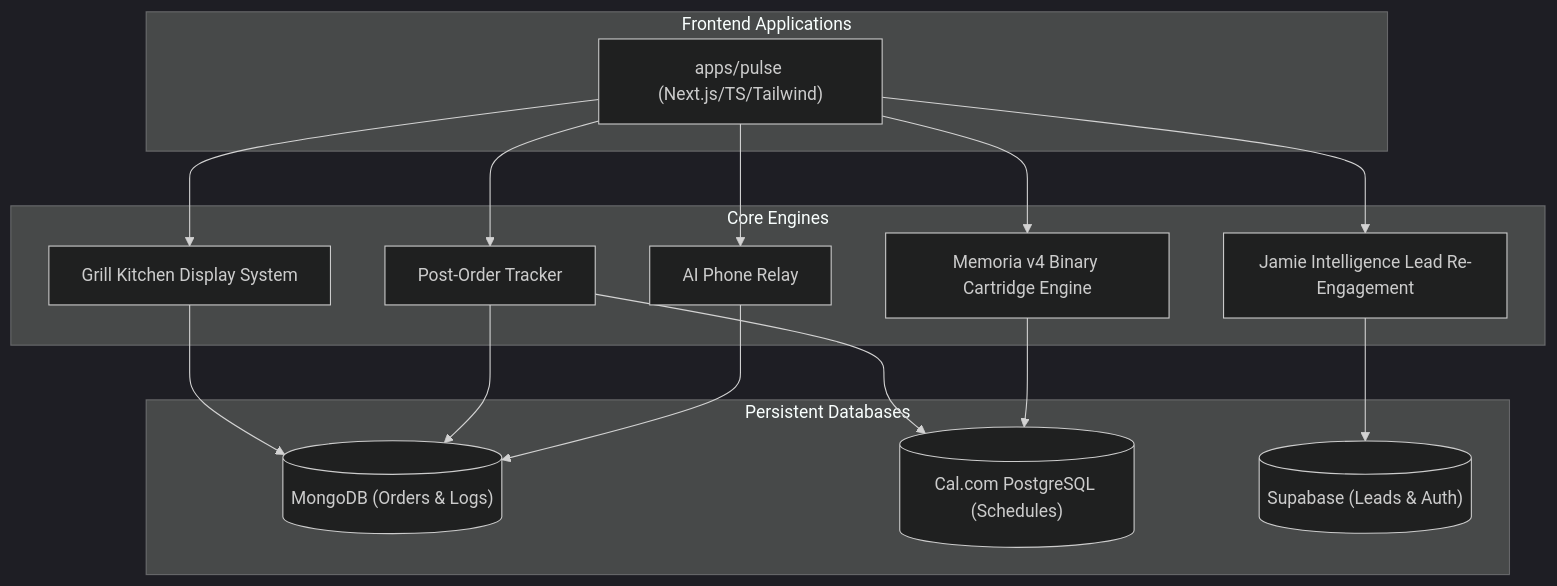
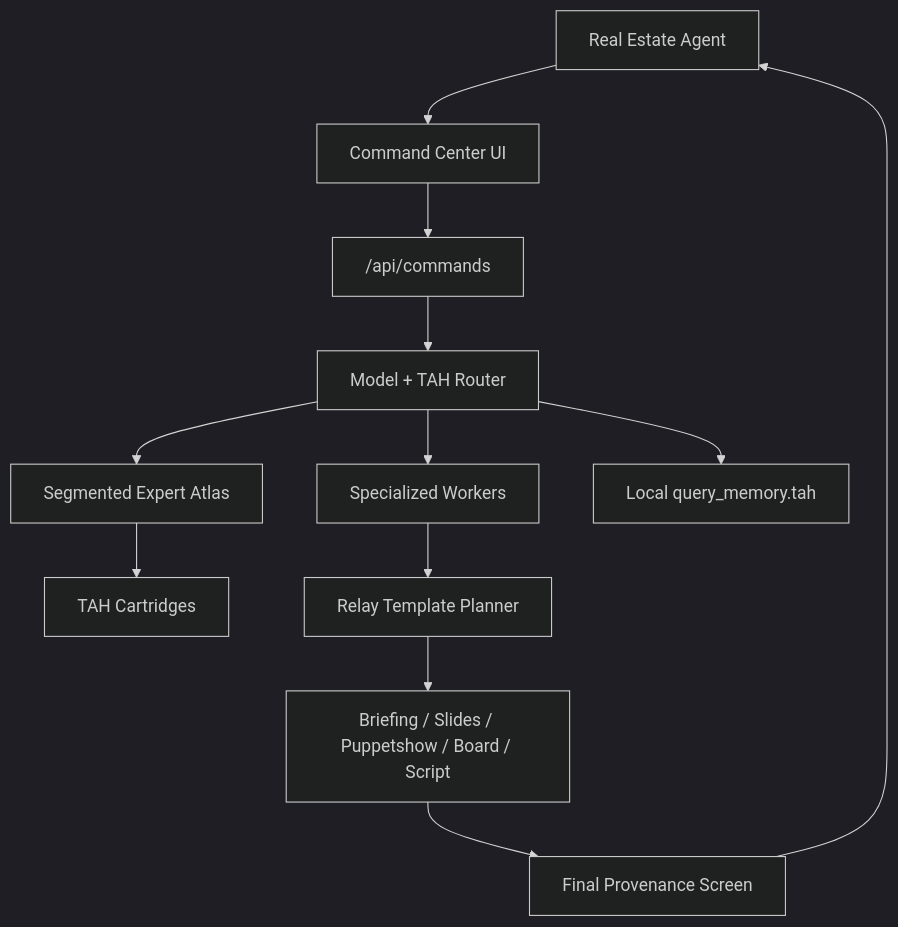
Before and after one commit to tahsrz/sunset-pulse: the diagram in README.md, drawn with Mermaid (dark theme). The commit also changed other lines of this file and 30 other files, not shown here.

Commit message:
Release TAH command center v0.2.0

````diff
--- a/README.md
+++ b/README.md
@@ -11,33 +46,14 @@
 ```mermaid
-graph TD
-    subgraph FrontendApp ["Frontend Applications"]
-        Pulse["apps/pulse (Next.js/TS/Tailwind)"]
-    end
-
-    subgraph Engines ["Core Engines"]
-        KDS["Grill Kitchen Display System"]
-        Tracker["Post-Order Tracker"]
-        Relay["AI Phone Relay"]
-        Jamie["Jamie Intelligence Lead Re-Engagement"]
-        Memoria["Memoria v4 Binary Cartridge Engine"]
-    end
-
-    subgraph DBs ["Persistent Databases"]
-        Mongo[("MongoDB (Orders & Logs)")]
-        Postgres[("Cal.com PostgreSQL (Schedules)")]
-        Supa[("Supabase (Leads & Auth)")]
-    end
-
-    Pulse --> KDS
-    Pulse --> Tracker
-    Pulse --> Relay
-    Pulse --> Jamie
-    Pulse --> Memoria
-
-    KDS --> Mongo
-    Tracker --> Mongo
-    Relay --> Mongo
-    Tracker --> Postgres
-    Jamie --> Supa
-    Memoria --> Postgres
+flowchart TD
+  Agent["Real Estate Agent"] --> UI["Command Center UI"]
+  UI --> API["/api/commands"]
+  API --> Router["Model + TAH Router"]
+  Router --> Workers["Specialized Workers"]
+  Router --> Atlas["Segmented Expert Atlas"]
+  Router --> Memory["Local query_memory.tah"]
+  Atlas --> TAH["TAH Cartridges"]
+  Workers --> Relay["Relay Template Planner"]
+  Relay --> Output["Briefing / Slides / Puppetshow / Board / Script"]
+  Output --> Final["Final Provenance Screen"]
+  Final --> Agent
 ```
````
